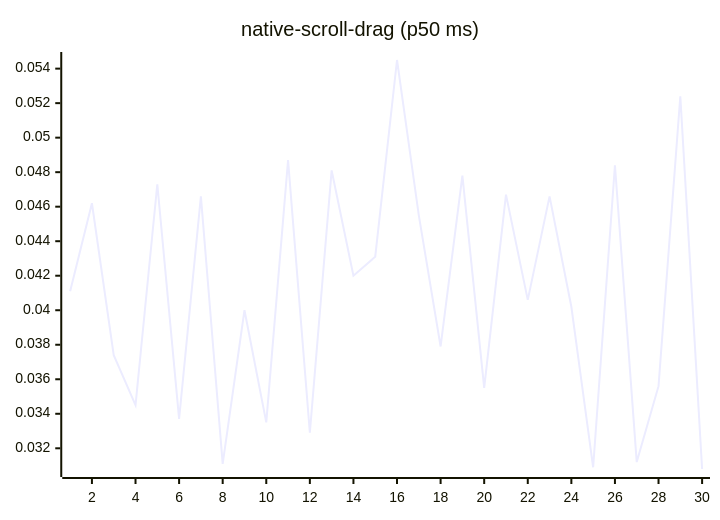
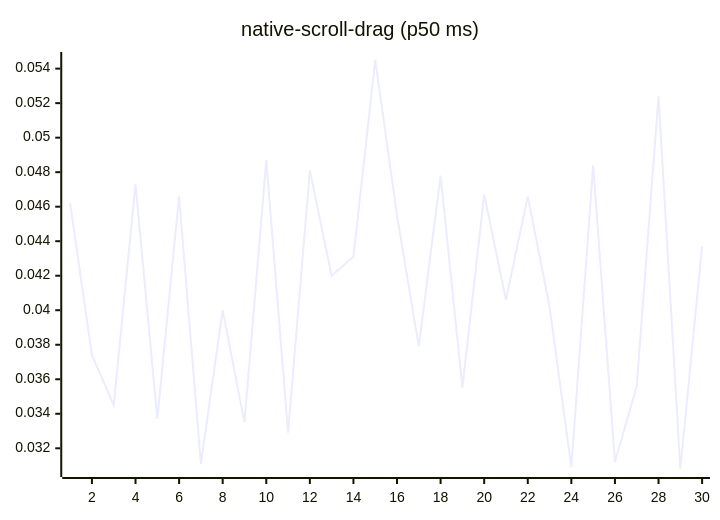
One commit to josha/Facet changed diagram 14 of 27 in README.md. Above: the diagram before and after it, drawn with Mermaid. The commit also changed other lines of this file and 2 other files, not shown here.

````diff
--- a/README.md
+++ b/README.md
@@ -154,6 +154,6 @@
 ```mermaid
 xychart-beta
     title "native-scroll-drag (p50 ms)"
     x-axis 1 --> 30
-    line [0.0411, 0.0462, 0.0374, 0.0345, 0.0473, 0.0337, 0.0466, 0.0311, 0.0400, 0.0335, 0.0487, 0.0329, 0.0481, 0.0420, 0.0431, 0.0545, 0.0455, 0.0379, 0.0478, 0.0355, 0.0467, 0.0406, 0.0466, 0.0402, 0.0309, 0.0484, 0.0312, 0.0356, 0.0524, 0.0308]
+    line [0.0462, 0.0374, 0.0345, 0.0473, 0.0337, 0.0466, 0.0311, 0.0400, 0.0335, 0.0487, 0.0329, 0.0481, 0.0420, 0.0431, 0.0545, 0.0455, 0.0379, 0.0478, 0.0355, 0.0467, 0.0406, 0.0466, 0.0402, 0.0309, 0.0484, 0.0312, 0.0356, 0.0524, 0.0308, 0.0437]
 ```
````
